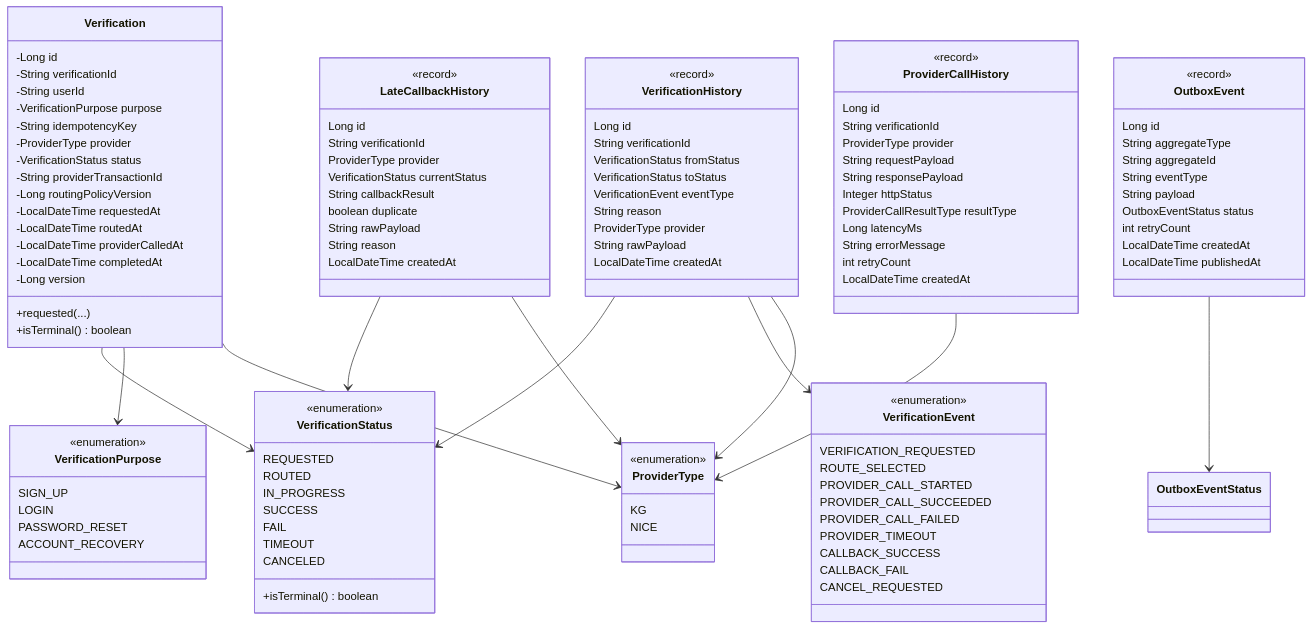
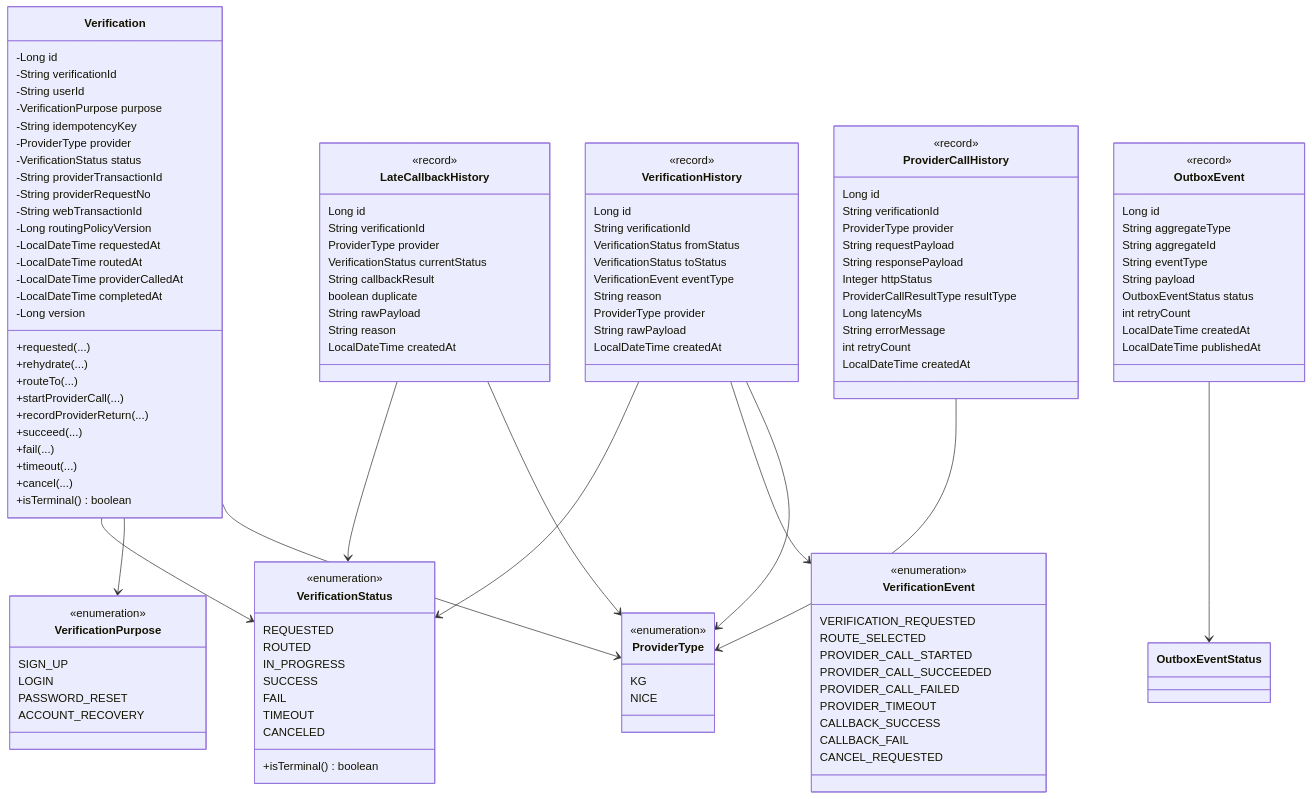
The sixth of 8 diagrams in docs/ARCHITECTURE_MERMAID.md (nowgnas/verifyhub), drawn with Mermaid before and after one commit. The commit also changed 2 other files, not shown here.

Commit message:
fix: persist provider return correlation keys

```diff
--- a/docs/ARCHITECTURE_MERMAID.md
+++ b/docs/ARCHITECTURE_MERMAID.md
@@ -252,6 +252,8 @@
         -ProviderType provider
         -VerificationStatus status
         -String providerTransactionId
+        -String providerRequestNo
+        -String webTransactionId
         -Long routingPolicyVersion
         -LocalDateTime requestedAt
         -LocalDateTime routedAt
@@ -259,6 +261,14 @@
         -LocalDateTime completedAt
         -Long version
         +requested(...)
+        +rehydrate(...)
+        +routeTo(...)
+        +startProviderCall(...)
+        +recordProviderReturn(...)
+        +succeed(...)
+        +fail(...)
+        +timeout(...)
+        +cancel(...)
         +isTerminal() boolean
     }
 
```
